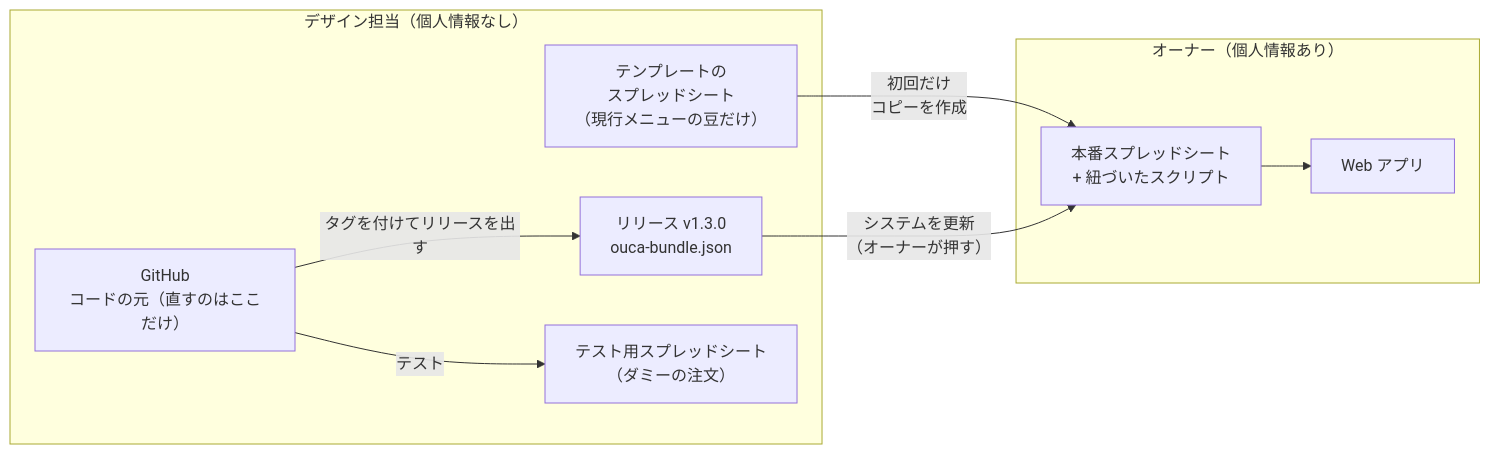
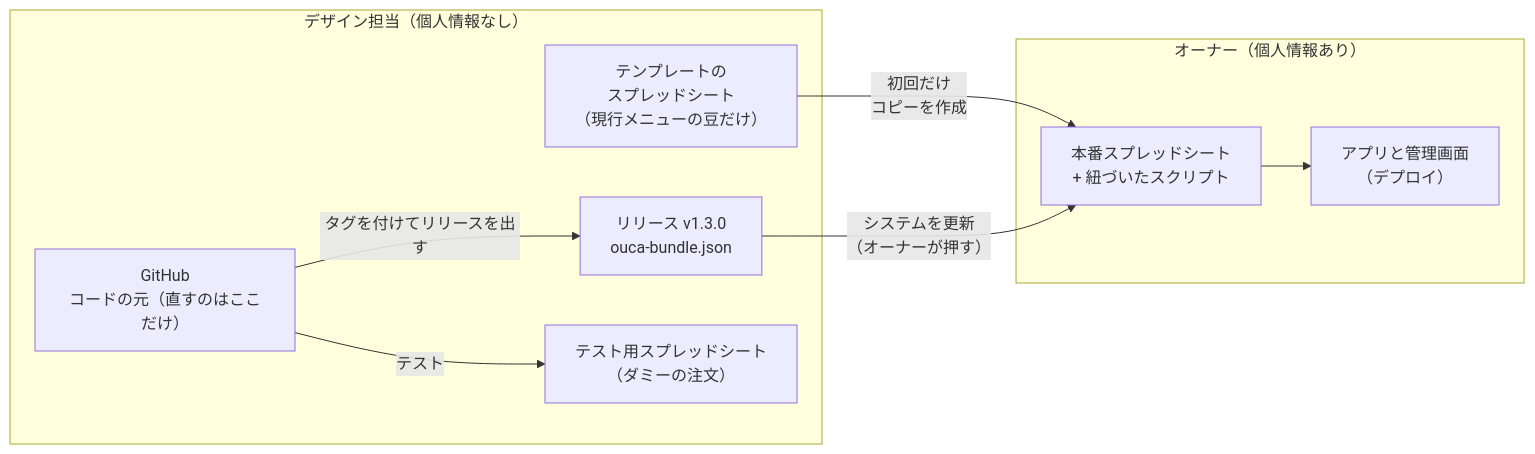
The first of 2 diagrams in docs/to-be/delivery-flow.md (yuk-wq/ouca), drawn with Mermaid before and after one commit. The commit also changed other lines of this file and 5 other files, not shown here.

````diff
--- a/docs/to-be/delivery-flow.md
+++ b/docs/to-be/delivery-flow.md
@@ -66,18 +68,18 @@
 ```mermaid
 flowchart LR
   subgraph D["デザイン担当（個人情報なし）"]
     G["GitHub<br/>コードの元（直すのはここだけ）"]
     R["リリース v1.3.0<br/>ouca-bundle.json"]
     TP["テンプレートの<br/>スプレッドシート<br/>（現行メニューの豆だけ）"]
     TS["テスト用スプレッドシート<br/>（ダミーの注文）"]
   end
   subgraph O["オーナー（個人情報あり）"]
     S["本番スプレッドシート<br/>+ 紐づいたスクリプト"]
-    W["Web アプリ"]
+    W["アプリと管理画面<br/>（デプロイ）"]
   end
   G -->|"タグを付けてリリースを出す"| R
   G -->|"テスト"| TS
   TP -->|"初回だけ<br/>コピーを作成"| S
   R -->|"システムを更新<br/>（オーナーが押す）"| S
   S --> W
 ```
````
